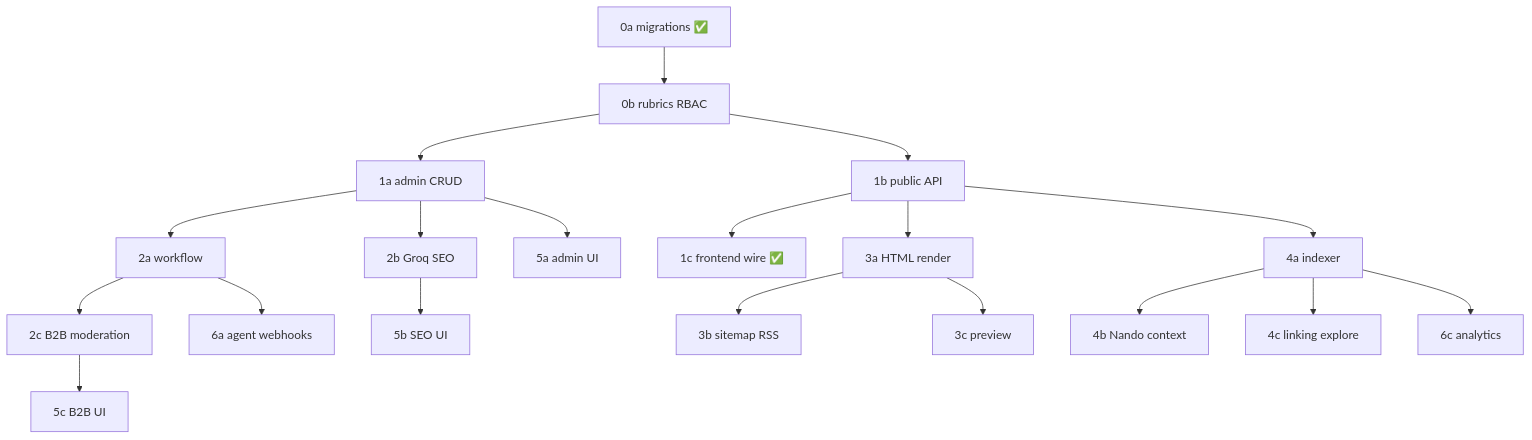
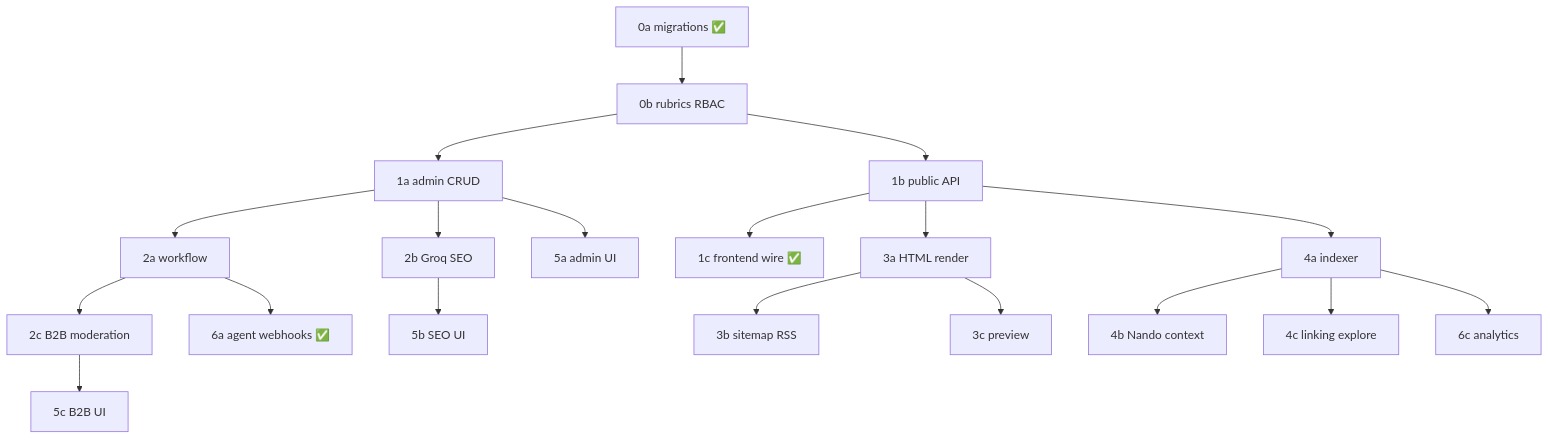
One commit to BackSoftwareJR/frontend-mr-top changed the diagram in docs/EDITORIAL_SPRINT_PLAN.md. Above: the diagram before and after it, drawn with Mermaid. The commit also changed other lines of this file and 12 other files, not shown here.

````diff
--- a/docs/EDITORIAL_SPRINT_PLAN.md
+++ b/docs/EDITORIAL_SPRINT_PLAN.md
@@ -1347,21 +1375,21 @@
 ```mermaid
 flowchart TD
   S0a[0a migrations ✅] --> S0b[0b rubrics RBAC]
   S0b --> S1a[1a admin CRUD]
   S0b --> S1b[1b public API]
   S1b --> S1c[1c frontend wire ✅]
   S1a --> S2a[2a workflow]
   S1a --> S2b[2b Groq SEO]
   S2a --> S2c[2c B2B moderation]
   S1b --> S3a[3a HTML render]
   S3a --> S3b[3b sitemap RSS]
   S3a --> S3c[3c preview]
   S1b --> S4a[4a indexer]
   S4a --> S4b[4b Nando context]
   S4a --> S4c[4c linking explore]
   S2b --> S5b[5b SEO UI]
   S1a --> S5a[5a admin UI]
   S2c --> S5c[5c B2B UI]
-  S2a --> S6a[6a agent webhooks]
+  S2a --> S6a[6a agent webhooks ✅]
   S4a --> S6c[6c analytics]
 ```
````
